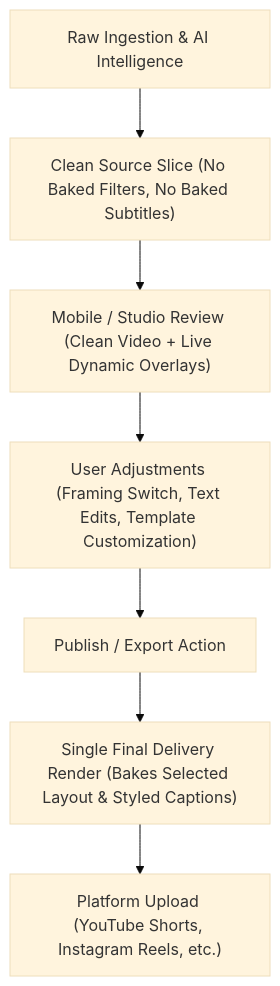
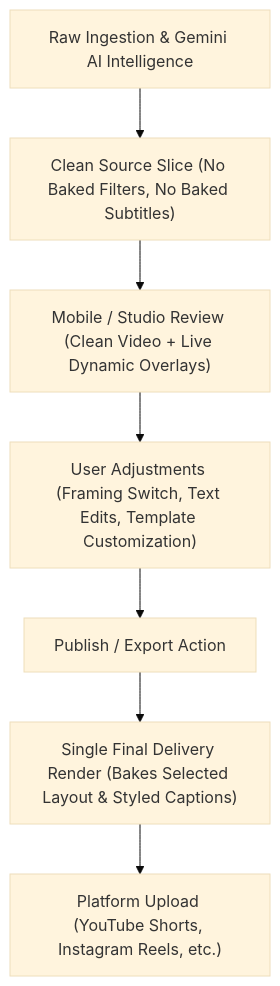
Before and after one commit to Resolviaai/Dispatch: the diagram in docs/CANONICAL_ARCHITECTURE.md, drawn with Mermaid (base theme). The commit also changed other lines of this file and 59 other files, not shown here.

````diff
--- a/docs/CANONICAL_ARCHITECTURE.md
+++ b/docs/CANONICAL_ARCHITECTURE.md
@@ -13,9 +14,9 @@
 ```mermaid
 flowchart TD
-    A["Raw Ingestion & AI Intelligence"] --> B["Clean Source Slice (No Baked Filters, No Baked Subtitles)"]
+    A["Raw Ingestion & Gemini AI Intelligence"] --> B["Clean Source Slice (No Baked Filters, No Baked Subtitles)"]
     B --> C["Mobile / Studio Review (Clean Video + Live Dynamic Overlays)"]
     C --> D["User Adjustments (Framing Switch, Text Edits, Template Customization)"]
     D --> E["Publish / Export Action"]
     E --> F["Single Final Delivery Render (Bakes Selected Layout & Styled Captions)"]
     F --> G["Platform Upload (YouTube Shorts, Instagram Reels, etc.)"]
 ```
````
